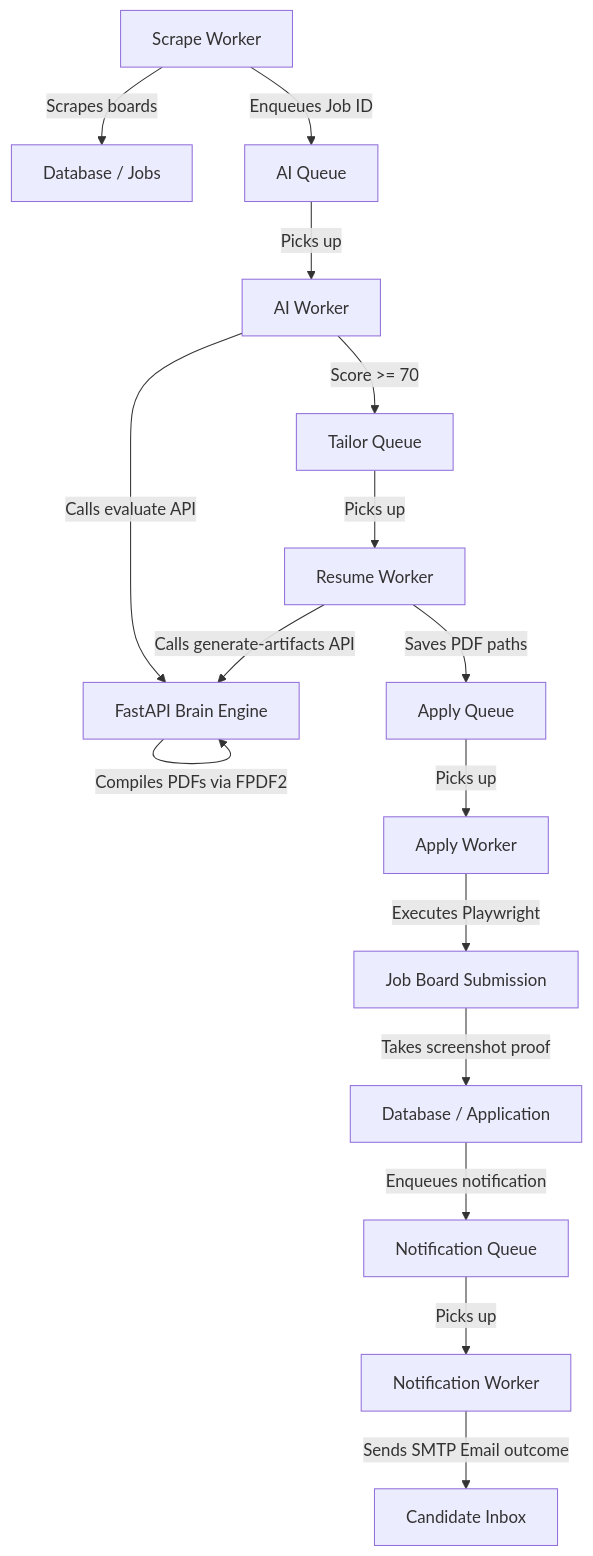
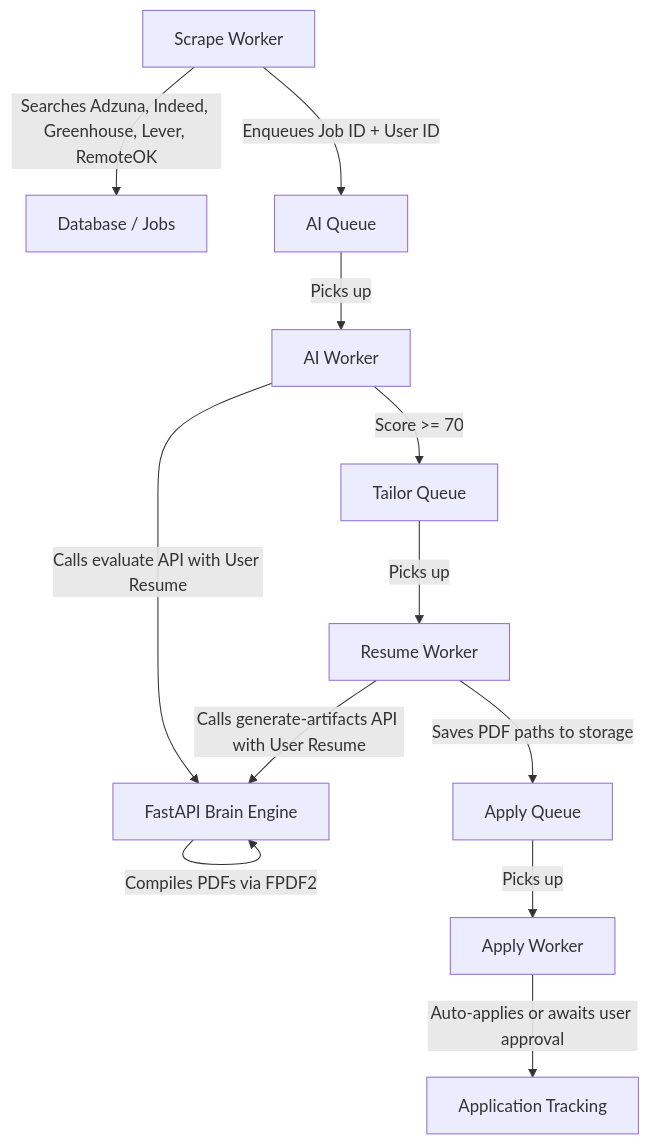
One commit to akshat20000/Job_Hunter changed the diagram in README.md. Above: the diagram before and after it, drawn with Mermaid. The commit also changed other lines of this file and 24 other files, not shown here.

````diff
--- a/README.md
+++ b/README.md
@@ -9,22 +24,18 @@
 ```mermaid
 graph TD
-  A[Scrape Worker] -->|Scrapes boards| B[Database / Jobs]
-  A -->|Enqueues Job ID| C[AI Queue]
+  A[Scrape Worker] -->|Searches Adzuna, Indeed, Greenhouse, Lever, RemoteOK| B[Database / Jobs]
+  A -->|Enqueues Job ID + User ID| C[AI Queue]
   C -->|Picks up| D[AI Worker]
-  D -->|Calls evaluate API| E[FastAPI Brain Engine]
-  E -->|Runs miniLM semantic similarity| E
+  D -->|Calls evaluate API with User Resume| E[FastAPI Brain Engine]
+  E -->|Runs MiniLM semantic similarity| E
   E -->|Grades fit via Groq LLM| E
   D -->|Score >= 70| F[Tailor Queue]
   F -->|Picks up| G[Resume Worker]
-  G -->|Calls generate-artifacts API| E
-  E -->|Rewrites bullet points via Groq| E
+  G -->|Calls generate-artifacts API with User Resume| E
+  E -->|Tailors resume bullets via Groq| E
   E -->|Drafts cover letter via Groq| E
   E -->|Compiles PDFs via FPDF2| E
-  G -->|Saves PDF paths| H[Apply Queue]
+  G -->|Saves PDF paths to storage| H[Apply Queue]
   H -->|Picks up| I[Apply Worker]
-  I -->|Executes Playwright| J[Job Board Submission]
-  J -->|Takes screenshot proof| K[Database / Application]
-  K -->|Enqueues notification| L[Notification Queue]
-  L -->|Picks up| M[Notification Worker]
-  M -->|Sends SMTP Email outcome| N[Candidate Inbox]
+  I -->|Auto-applies or awaits user approval| J[Application Tracking]
 ```
````
